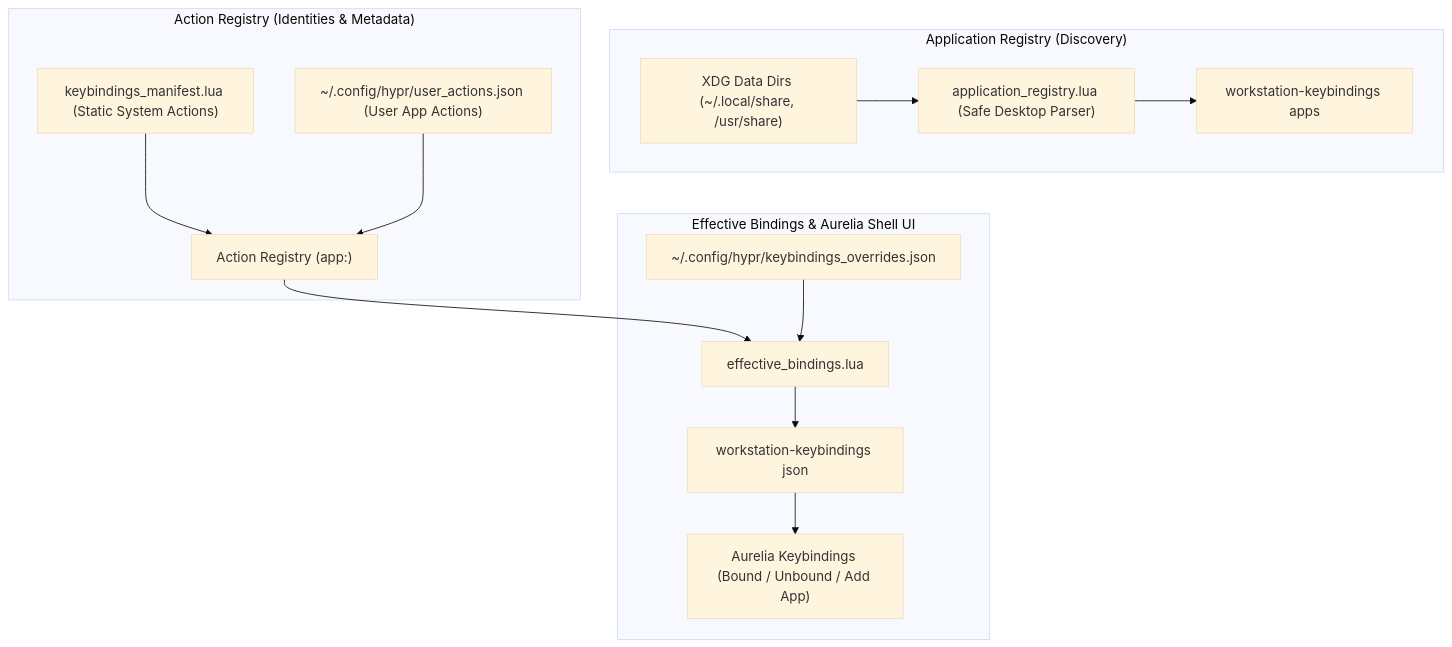
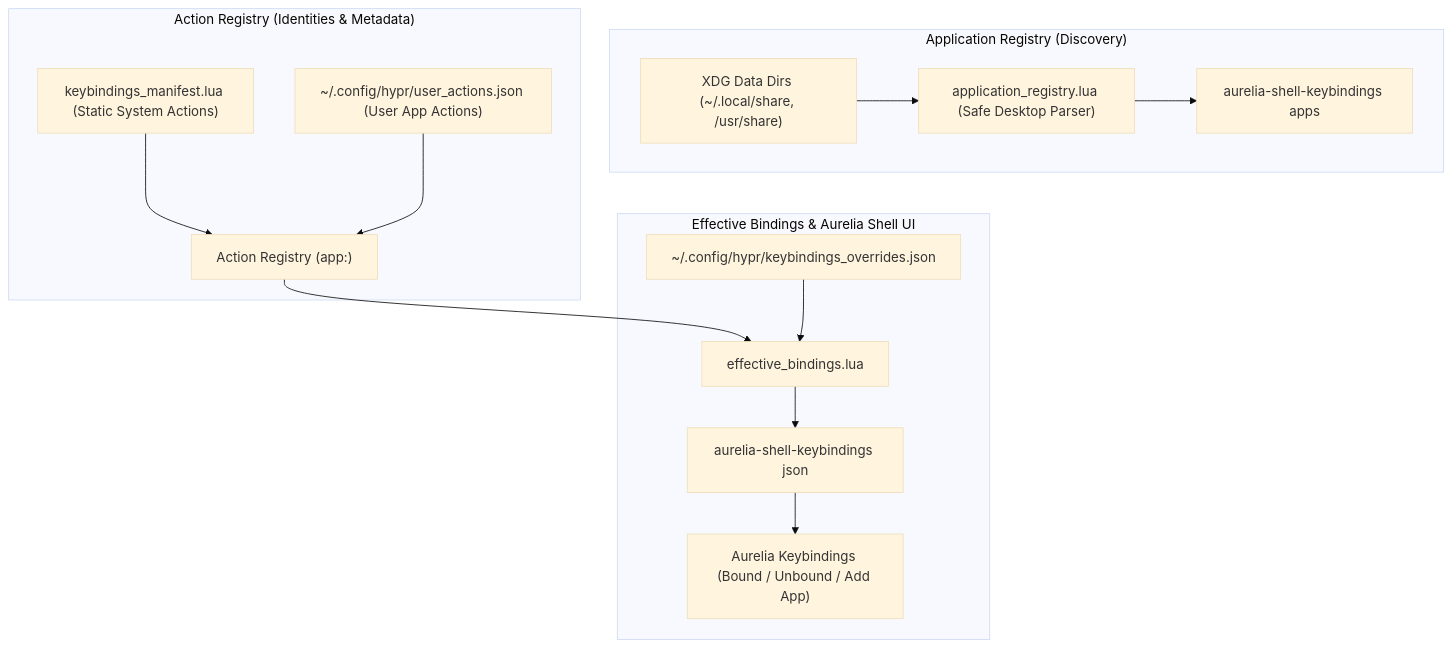
One commit to kk18888678/fedora-hyprland-workstation changed the third of 3 diagrams in docs/aurelia-keybindings-architecture.md. Above: the diagram before and after it, drawn with Mermaid (base theme). The commit also changed other lines of this file and 21 other files, not shown here.

Commit message:
fix(aurelia): harden keybindings input and provenance

````diff
--- a/docs/aurelia-keybindings-architecture.md
+++ b/docs/aurelia-keybindings-architecture.md
@@ -262,28 +262,28 @@
 ```mermaid
 graph TD
     subgraph "Application Registry (Discovery)"
         XDG["XDG Data Dirs (~/.local/share, /usr/share)"]
         Parser["application_registry.lua (Safe Desktop Parser)"]
-        AppsCLI["workstation-keybindings apps"]
+        AppsCLI["aurelia-shell-keybindings apps"]
         XDG --> Parser --> AppsCLI
     end
 
     subgraph "Action Registry (Identities & Metadata)"
         Manifest["keybindings_manifest.lua (Static System Actions)"]
         UserActions["~/.config/hypr/user_actions.json (User App Actions)"]
         ActionReg["Action Registry (app:<desktop_id>)"]
         Manifest --> ActionReg
         UserActions --> ActionReg
     end
 
     subgraph "Effective Bindings & Aurelia Shell UI"
         Overrides["~/.config/hypr/keybindings_overrides.json"]
         EffectiveEngine["effective_bindings.lua"]
-        JSON["workstation-keybindings json"]
+        JSON["aurelia-shell-keybindings json"]
         UI["Aurelia Keybindings (Bound / Unbound / Add App)"]
 
         ActionReg --> EffectiveEngine
         Overrides --> EffectiveEngine
         EffectiveEngine --> JSON --> UI
     end
 ```
````
